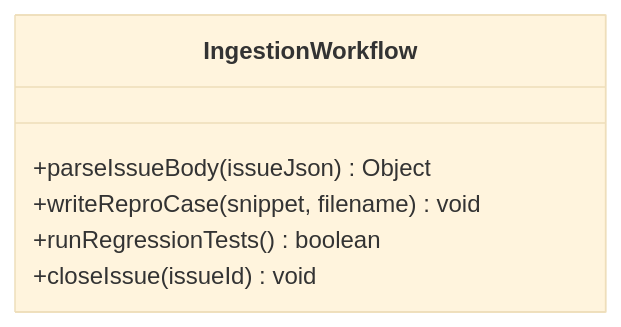
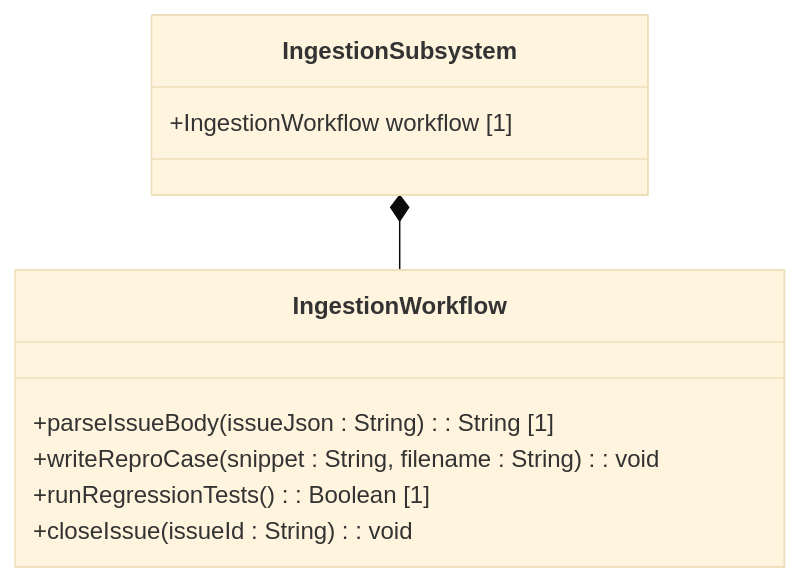
Before and after one commit to gintatkinson/digital-pipeline-repo: the diagram in docs/features/feat-06-upstream-regression-testing.md, drawn with Mermaid (base theme). The commit also changed other lines of this file and 8 other files, not shown here.

````diff
--- a/docs/features/feat-06-upstream-regression-testing.md
+++ b/docs/features/feat-06-upstream-regression-testing.md
@@ -13,9 +18,13 @@
 ```mermaid
 classDiagram
+    class IngestionSubsystem {
+        +IngestionWorkflow workflow [1]
+    }
     class IngestionWorkflow {
-        +parseIssueBody(issueJson) Object
-        +writeReproCase(snippet, filename) void
-        +runRegressionTests() boolean
-        +closeIssue(issueId) void
+        +parseIssueBody(issueJson : String) : String [1]
+        +writeReproCase(snippet : String, filename : String) : void
+        +runRegressionTests() : Boolean [1]
+        +closeIssue(issueId : String) : void
     }
+    IngestionSubsystem *-- IngestionWorkflow
 ```
````
